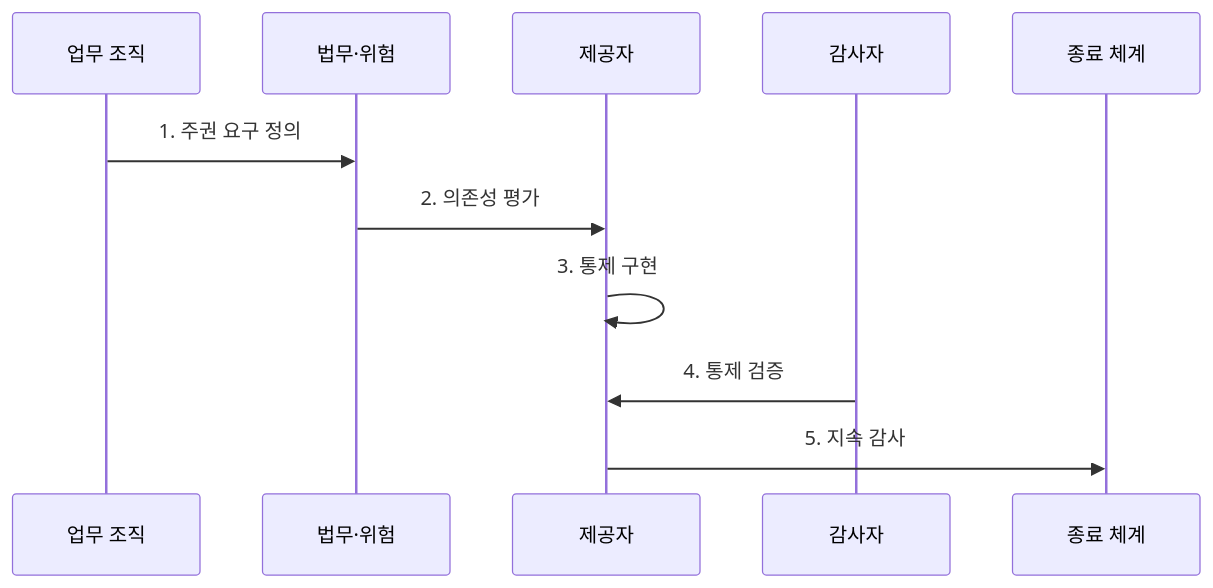
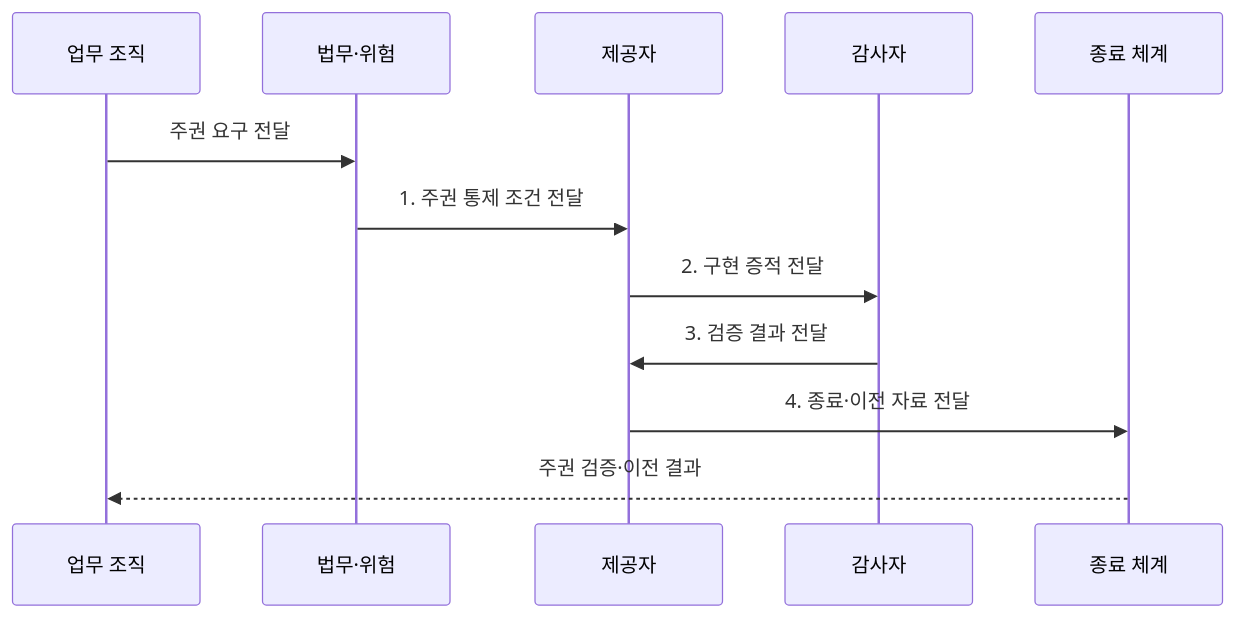
Before and after one commit to agnusdei1207/knowledge-base: the second of 2 diagrams in src/content/docs/notes/08-latest-tech/182_sovereign_cloud.md, drawn with Mermaid. The commit also changed other lines of this file and 225 other files, not shown here.

````diff
--- a/src/content/docs/notes/08-latest-tech/182_sovereign_cloud.md
+++ b/src/content/docs/notes/08-latest-tech/182_sovereign_cloud.md
@@ -75,13 +75,14 @@
 ```mermaid
 sequenceDiagram
   participant O as 업무 조직
   participant L as 법무·위험
   participant P as 제공자
   participant A as 감사자
   participant E as 종료 체계
-  O->>L: 1. 주권 요구 정의
-  L->>P: 2. 의존성 평가
-  P->>P: 3. 통제 구현
-  A->>P: 4. 통제 검증
-  P->>E: 5. 지속 감사
+  O->>L: 주권 요구 전달
+  L->>P: 1. 주권 통제 조건 전달
+  P->>A: 2. 구현 증적 전달
+  A->>P: 3. 검증 결과 전달
+  P->>E: 4. 종료·이전 자료 전달
+  E-->>O: 주권 검증·이전 결과
 ```
````
